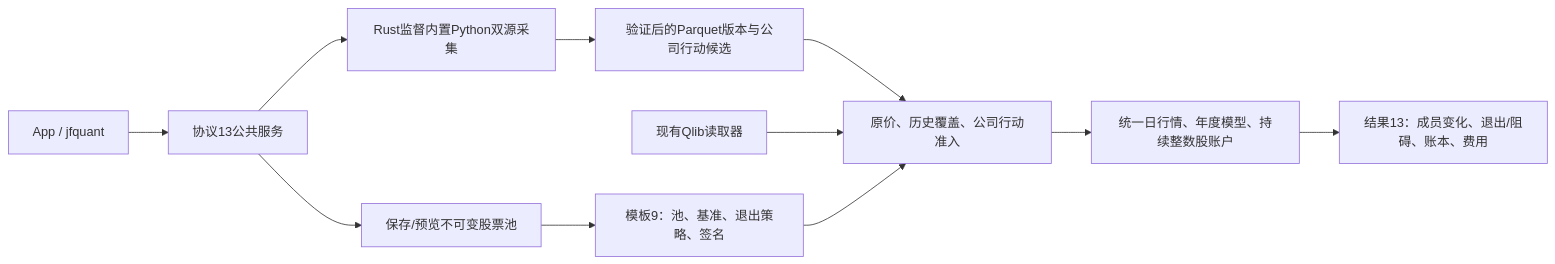
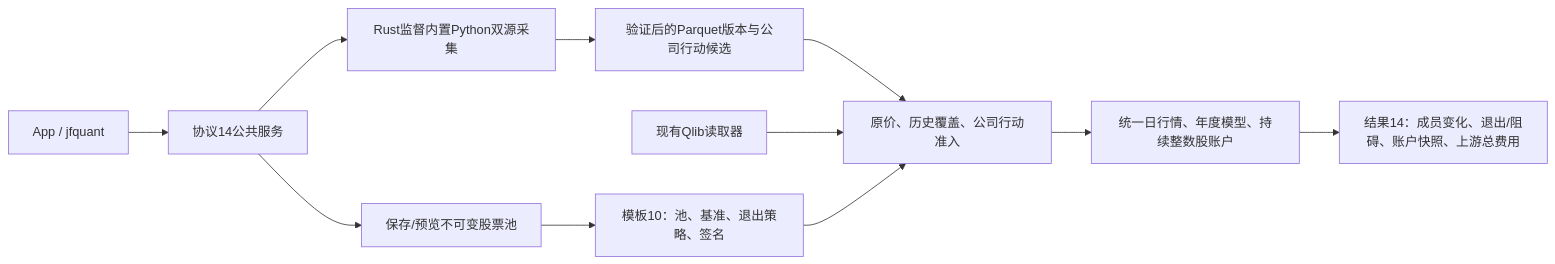
The second of 6 diagrams in crates/app/src/README.md (Dennishaha/JFQuant), drawn with Mermaid before and after one commit. The commit also changed other lines of this file and 97 other files, not shown here.

````diff
--- a/crates/app/src/README.md
+++ b/crates/app/src/README.md
@@ -67,13 +67,13 @@
 ```mermaid
 flowchart LR
-  CLIENT["App / jfquant"] --> SERVICE["协议13公共服务"]
+  CLIENT["App / jfquant"] --> SERVICE["协议14公共服务"]
   SERVICE --> POOL["保存/预览不可变股票池"]
   SERVICE --> COLLECT["Rust监督内置Python双源采集"]
   COLLECT --> SNAPSHOT["验证后的Parquet版本与公司行动候选"]
-  POOL --> FREEZE["模板9：池、基准、退出策略、签名"]
+  POOL --> FREEZE["模板10：池、基准、退出策略、签名"]
   SNAPSHOT --> READY["原价、历史覆盖、公司行动准入"]
   QLIB["现有Qlib读取器"] --> READY
   FREEZE --> READY
   READY --> RESEARCH["统一日行情、年度模型、持续整数股账户"]
-  RESEARCH --> RESULT["结果13：成员变化、退出/阻碍、账本、费用"]
+  RESEARCH --> RESULT["结果14：成员变化、退出/阻碍、账户快照、上游总费用"]
 ```
````
